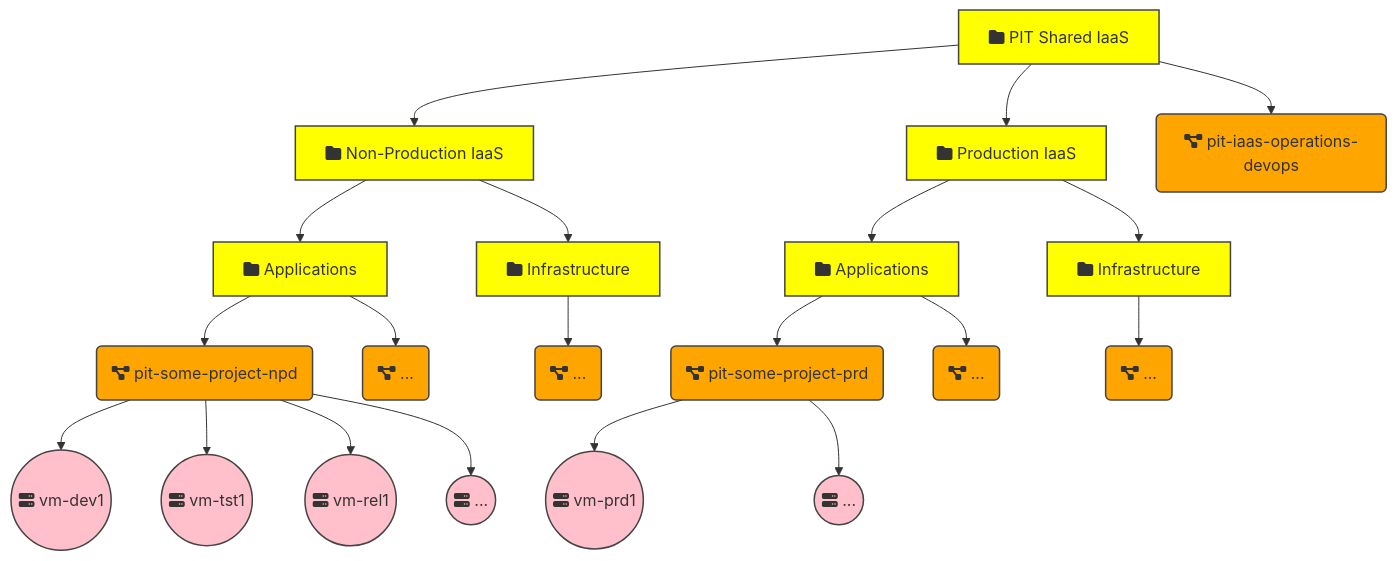
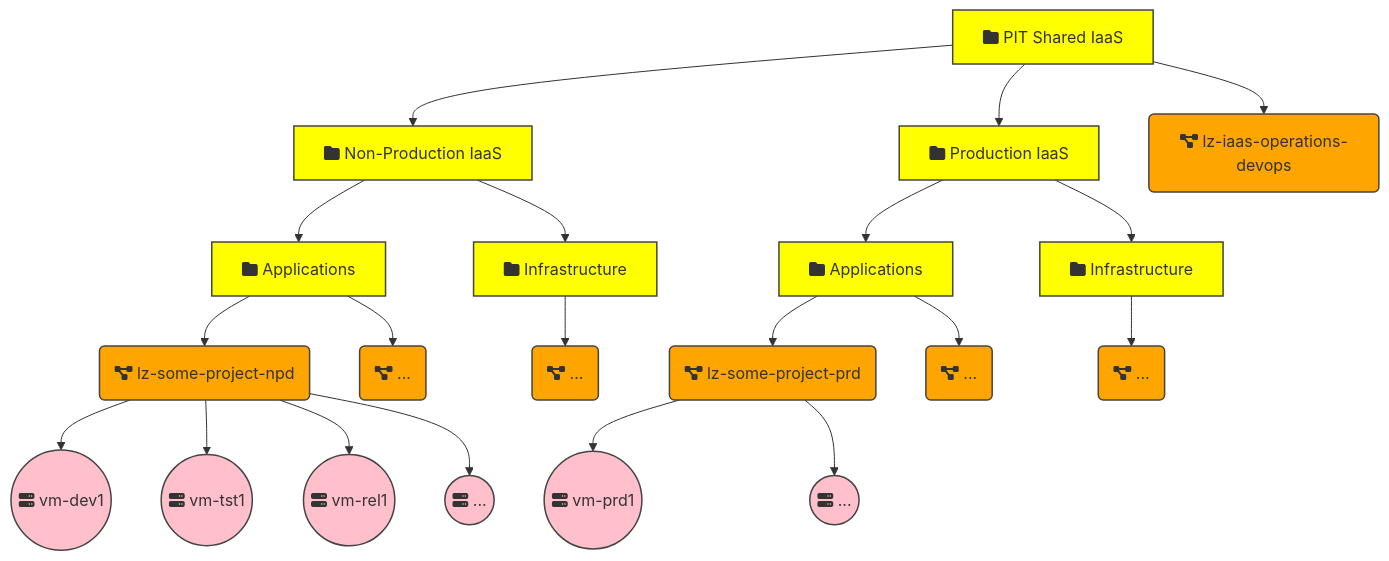
One commit to derailed-dash/demo-lz-docs changed the fourth of 4 diagrams in content/epam-lz/Decision Records/DR012-environment-structure.md. Above: the diagram before and after it, drawn with Mermaid. The commit also changed other lines of this file and 7 other files, not shown here.

```diff
--- a/content/epam-lz/Decision Records/DR012-environment-structure.md
+++ b/content/epam-lz/Decision Records/DR012-environment-structure.md
@@ -128,32 +128,32 @@
 {{<mermaid align="center">}}
 graph TD
 classDef folder fill:yellow,stroke:#444,stroke-width:1.5px
 classDef project fill:orange,stroke:#444,stroke-width:1.5px
 A1[fa:fa-folder PIT Shared IaaS] --> B1[fa:fa-folder Non-Production IaaS]
 A1 --> C1[fa:fa-folder Production IaaS]
-A1 --> D1(fa:fa-project-diagram pit-iaas-operations-devops)
+A1 --> D1(fa:fa-project-diagram lz-iaas-operations-devops)
 B1 --> E1[fa:fa-folder Applications]
 B1 --> F1[fa:fa-folder Infrastructure]
 C1 --> G1[fa:fa-folder Applications]
 C1 --> H1[fa:fa-folder Infrastructure]
-E1 --> I1(fa:fa-project-diagram pit-some-project-npd)
-G1 --> L1(fa:fa-project-diagram pit-some-project-prd)
+E1 --> I1(fa:fa-project-diagram lz-some-project-npd)
+G1 --> L1(fa:fa-project-diagram lz-some-project-prd)
 I1 --> M1((fa:fa-server vm-dev1))
 I1 --> N1((fa:fa-server vm-tst1))
 I1 --> O1((fa:fa-server vm-rel1))
 L1 --> P1((fa:fa-server vm-prd1))
 F1 --> Q1(fa:fa-project-diagram ...)
 H1 --> R1(fa:fa-project-diagram ...)
 I1 --> S1((fa:fa-server ...))
 L1 --> V1((fa:fa-server ...))
 E1 --> W1(fa:fa-project-diagram ...)
 G1 --> X1(fa:fa-project-diagram ...)
 class A1,B1,C1,E1,F1,G1,H1 folder
 class D1,I1,L1,Q1,R1,W1,X1 project
 style M1 fill:pink,stroke:#444,stroke-width:1.5px
 style N1 fill:pink,stroke:#444,stroke-width:1.5px
 style O1 fill:pink,stroke:#444,stroke-width:1.5px
 style P1 fill:pink,stroke:#444,stroke-width:1.5px
 style S1 fill:pink,stroke:#444,stroke-width:1.5px
 style V1 fill:pink,stroke:#444,stroke-width:1.5px
 {{< /mermaid >}}
```
